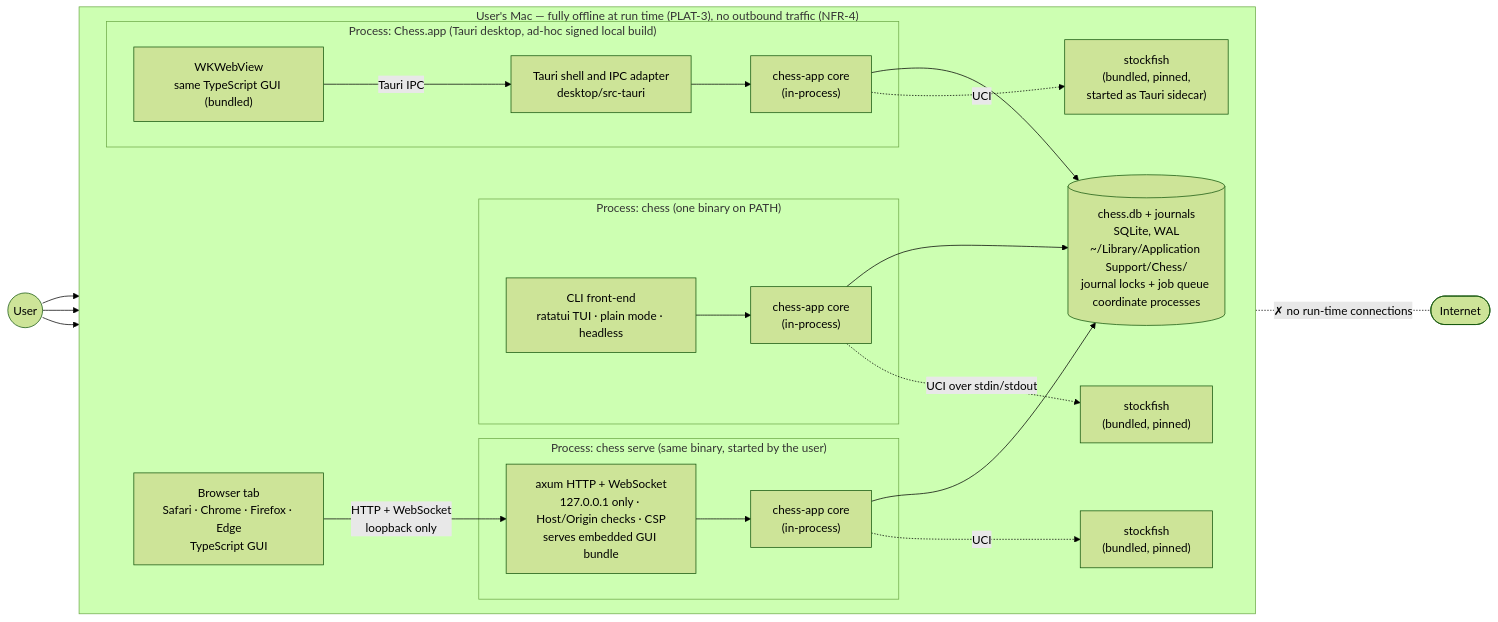
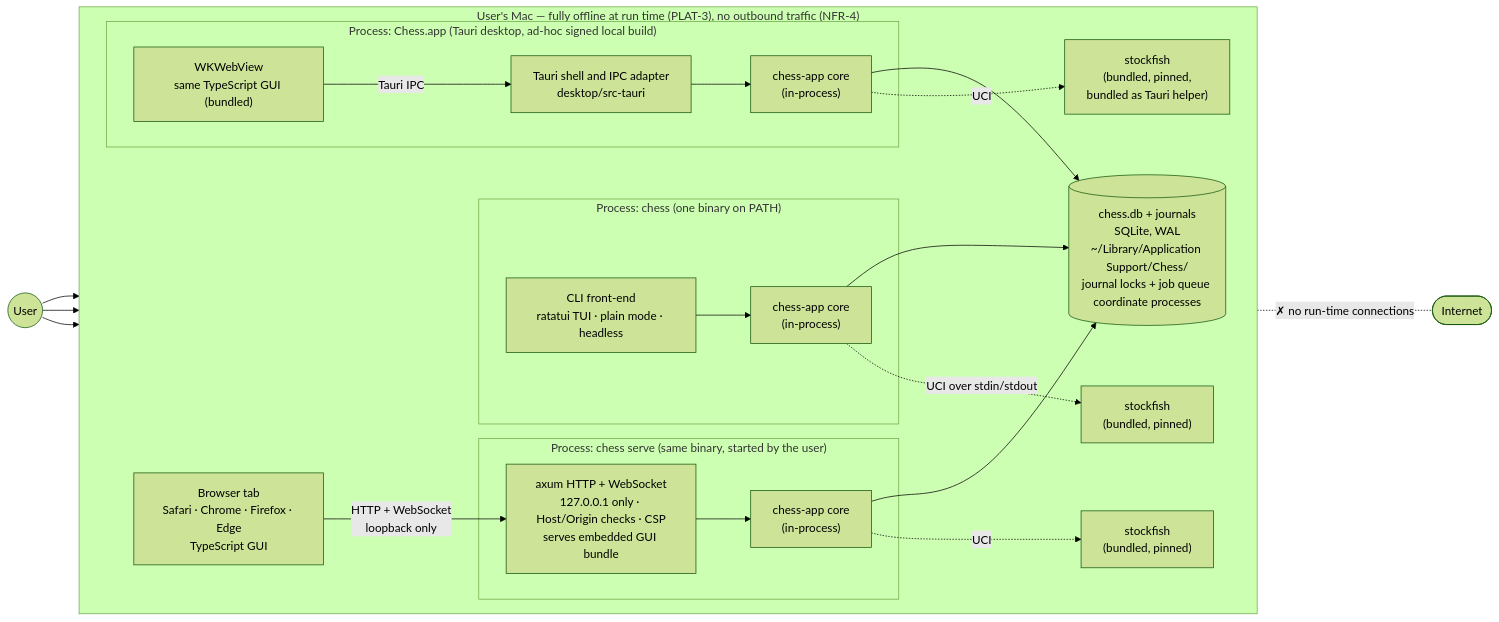
One commit to bprascher/chess changed the first of 14 diagrams in docs/architecture.md. Above: the diagram before and after it, drawn with Mermaid (forest theme). The commit also changed other lines of this file and 17 other files, not shown here.

First line of the commit message:
Apply architecture addendum B and C to the SDDs and add the v0.4 consistency pass

````diff
--- a/docs/architecture.md
+++ b/docs/architecture.md
@@ -112,48 +141,48 @@
 ```mermaid
 flowchart LR
     user(("User"))
     internet(["Internet"])
 
     subgraph mac["User's Mac — fully offline at run time (PLAT-3), no outbound traffic (NFR-4)"]
         direction LR
         subgraph p1["Process: chess (one binary on PATH)"]
             cli["CLI front-end<br/>ratatui TUI · plain mode · headless"]
             core1["chess-app core<br/>(in-process)"]
             cli --> core1
         end
 
         subgraph p2["Process: chess serve (same binary, started by the user)"]
             srv["axum HTTP + WebSocket<br/>127.0.0.1 only · Host/Origin checks · CSP<br/>serves embedded GUI bundle"]
             core2["chess-app core<br/>(in-process)"]
             srv --> core2
         end
 
         browser["Browser tab<br/>Safari · Chrome · Firefox · Edge<br/>TypeScript GUI"]
 
         subgraph p3["Process: Chess.app (Tauri desktop, ad-hoc signed local build)"]
             webview["WKWebView<br/>same TypeScript GUI (bundled)"]
             tauriShell["Tauri shell and IPC adapter<br/>desktop/src-tauri"]
             core3["chess-app core<br/>(in-process)"]
             webview -- "Tauri IPC" --> tauriShell
             tauriShell --> core3
         end
 
         db[("chess.db + journals<br/>SQLite, WAL<br/>~/Library/Application Support/Chess/<br/>journal locks + job queue coordinate processes")]
         sf1["stockfish<br/>(bundled, pinned)"]
         sf2["stockfish<br/>(bundled, pinned)"]
-        sf3["stockfish<br/>(bundled, pinned,<br/>started as Tauri sidecar)"]
+        sf3["stockfish<br/>(bundled, pinned,<br/>bundled as Tauri helper)"]
 
         core1 --> db
         core2 --> db
         core3 --> db
         core1 -. "UCI over stdin/stdout" .-> sf1
         core2 -. "UCI" .-> sf2
         core3 -. "UCI" .-> sf3
     end
 
     user --> cli
     user --> browser
     user --> webview
     browser -- "HTTP + WebSocket<br/>loopback only" --> srv
     mac -. "✗ no run-time connections" .- internet
 ```
````
